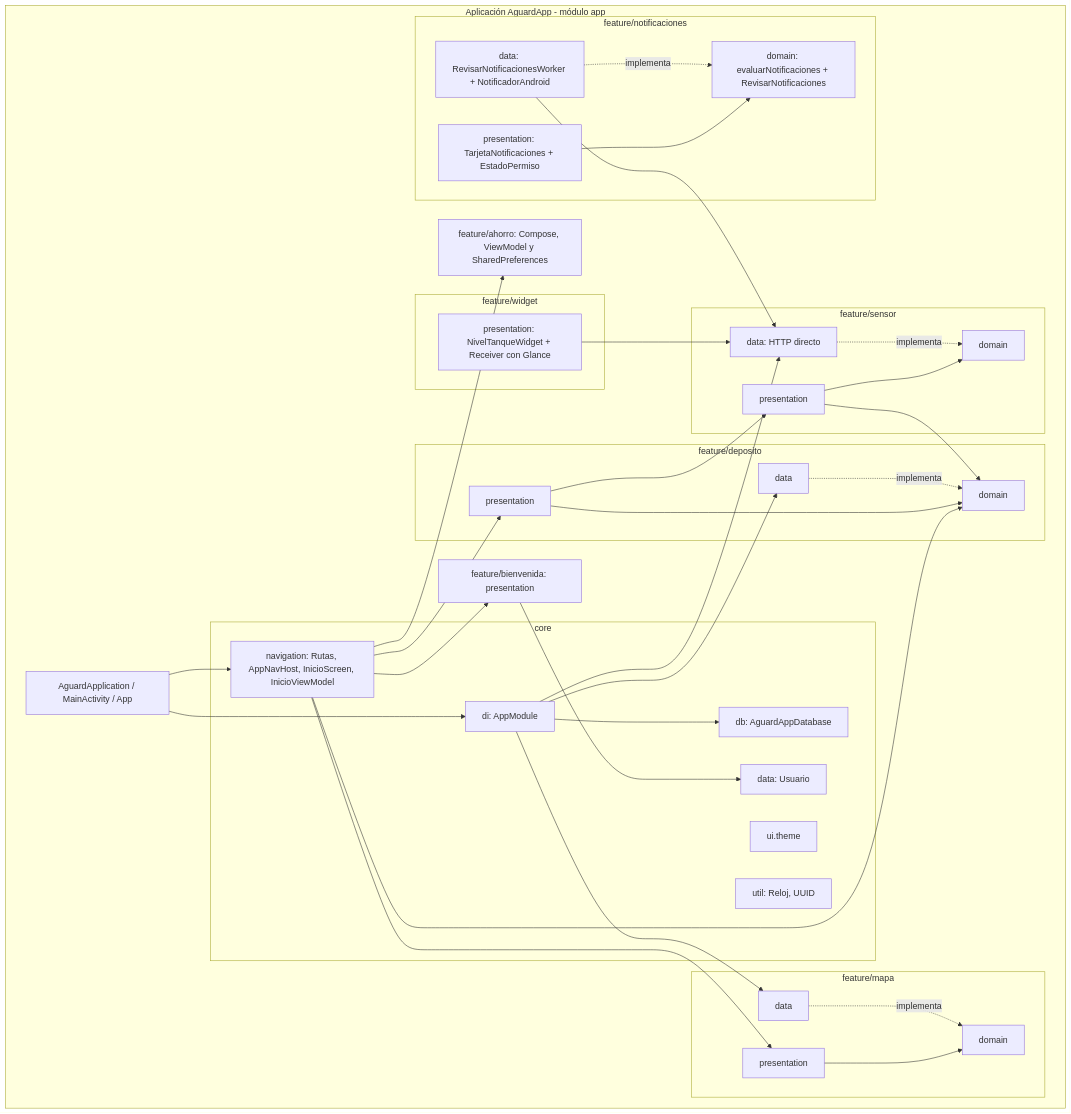
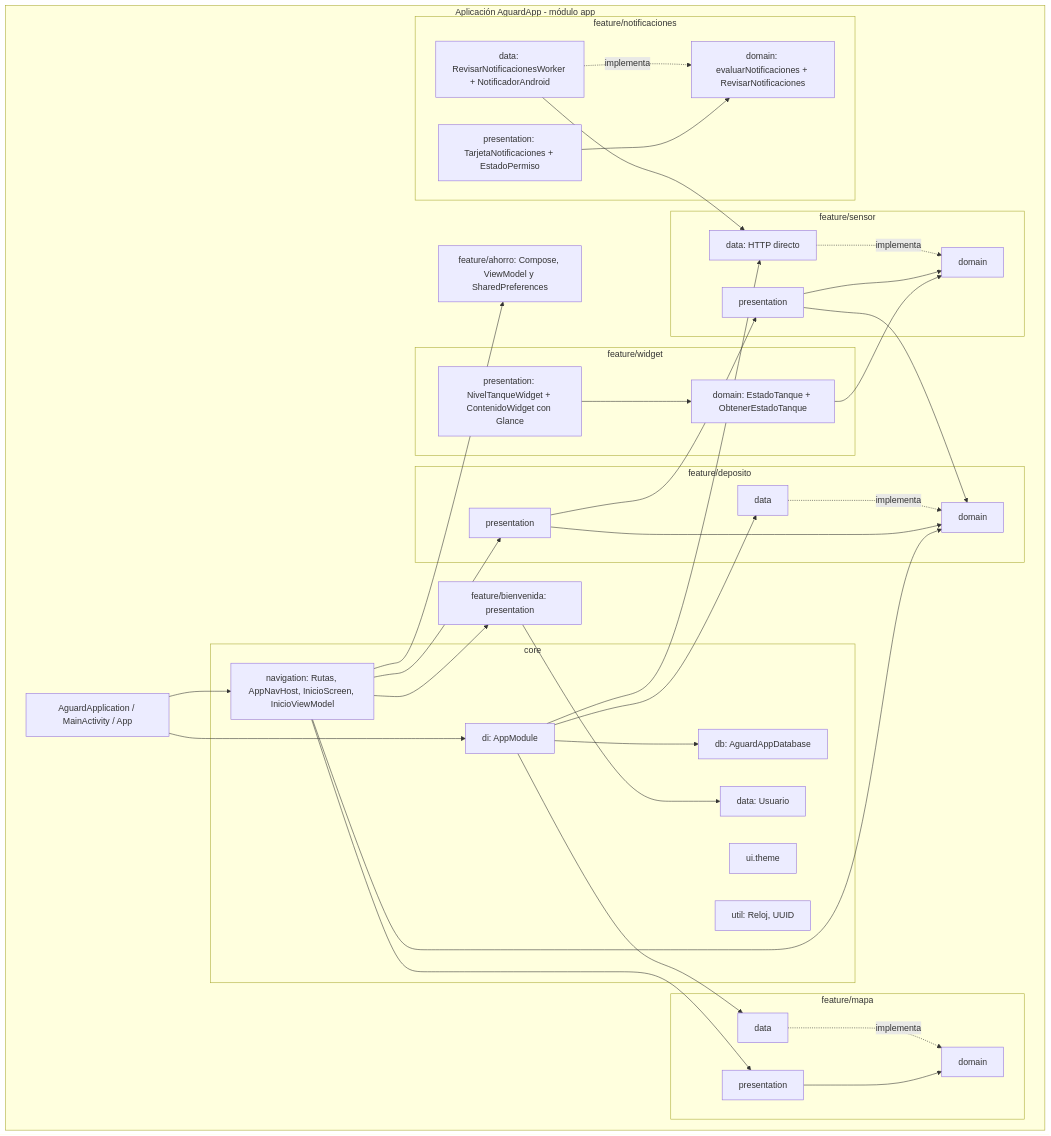
Before and after one commit to Cristhian465/Aguarda: the third of 23 diagrams in informes/FD04-SAD.md, drawn with Mermaid. The commit also changed 12 other files, not shown here.

First line of the commit message:
Widget del tanque en capas y con fondo azul liso

````diff
--- a/informes/FD04-SAD.md
+++ b/informes/FD04-SAD.md
@@ -162,64 +162,66 @@
 ```mermaid
 flowchart TB
   subgraph APP[Aplicación AguardApp - módulo app]
     MAIN[AguardApplication / MainActivity / App]
     subgraph CORE[core]
       NAV[navigation: Rutas, AppNavHost, InicioScreen, InicioViewModel]
       DI[di: AppModule]
       DB[db: AguardAppDatabase]
       DATA[data: Usuario]
       THEME[ui.theme]
       UTIL[util: Reloj, UUID]
     end
     BIEN[feature/bienvenida: presentation]
     AHORRO[feature/ahorro: Compose, ViewModel y SharedPreferences]
     subgraph DEP[feature/deposito]
       PRES[presentation]
       DOM[domain]
       DAT[data]
     end
     subgraph MAPA[feature/mapa]
       MPRES[presentation]
       MDOM[domain]
       MDAT[data]
     end
     subgraph SEN[feature/sensor]
       SPRES[presentation]
       SDOM[domain]
       SDAT[data: HTTP directo]
     end
     subgraph WID[feature/widget]
-      WPRES[presentation: NivelTanqueWidget + Receiver con Glance]
+      WPRES[presentation: NivelTanqueWidget + ContenidoWidget con Glance]
+      WDOM[domain: EstadoTanque + ObtenerEstadoTanque]
     end
-    WPRES --> SDAT
+    WPRES --> WDOM
+    WDOM --> SDOM
     subgraph NOT[feature/notificaciones]
       NPRES[presentation: TarjetaNotificaciones + EstadoPermiso]
       NDOM[domain: evaluarNotificaciones + RevisarNotificaciones]
       NDAT[data: RevisarNotificacionesWorker + NotificadorAndroid]
     end
     NPRES --> NDOM
     NDAT -. implementa .-> NDOM
     NDAT --> SDAT
 
     MAIN --> NAV
     MAIN --> DI
     NAV --> BIEN
     NAV --> AHORRO
     NAV --> PRES
     NAV --> DOM
     NAV --> MPRES
     PRES --> DOM
     DAT -. implementa .-> DOM
     MPRES --> MDOM
     MDAT -. implementa .-> MDOM
     PRES --> SPRES
     SPRES --> SDOM
     SPRES --> DOM
     SDAT -. implementa .-> SDOM
     DI --> DB
     DI --> DAT
     DI --> MDAT
     DI --> SDAT
     BIEN --> DATA
   end
 ```
````
